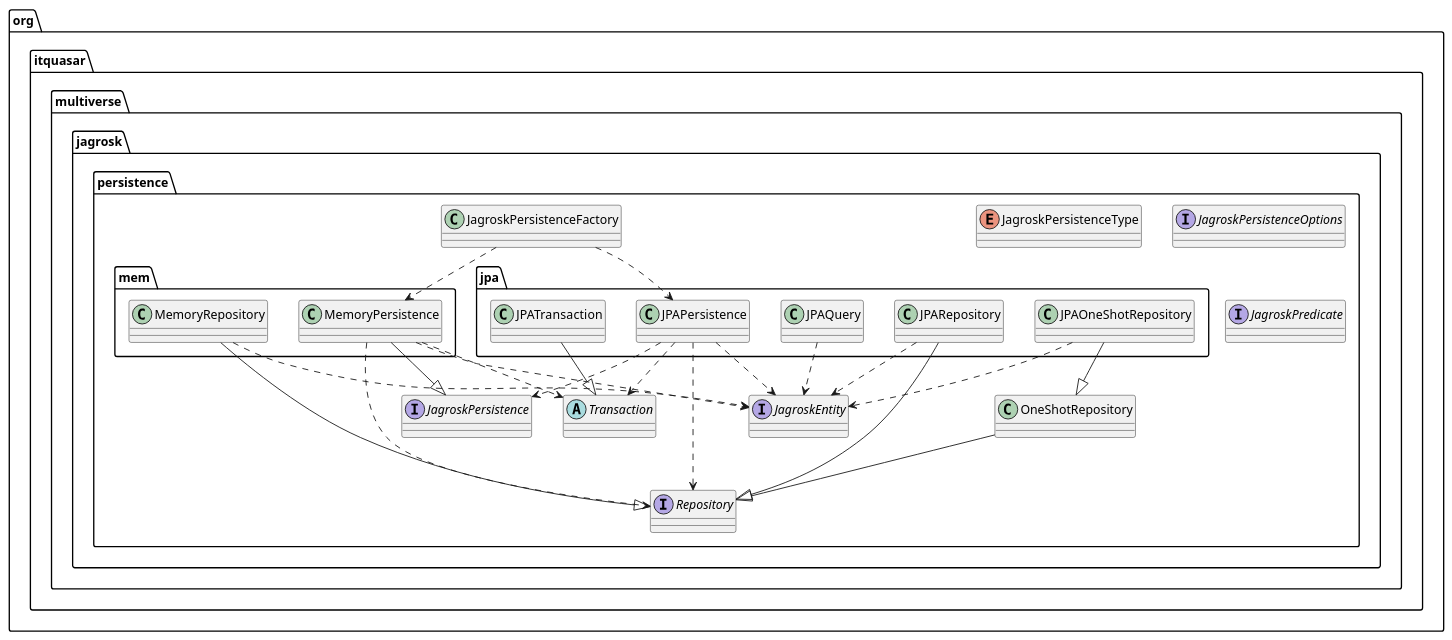
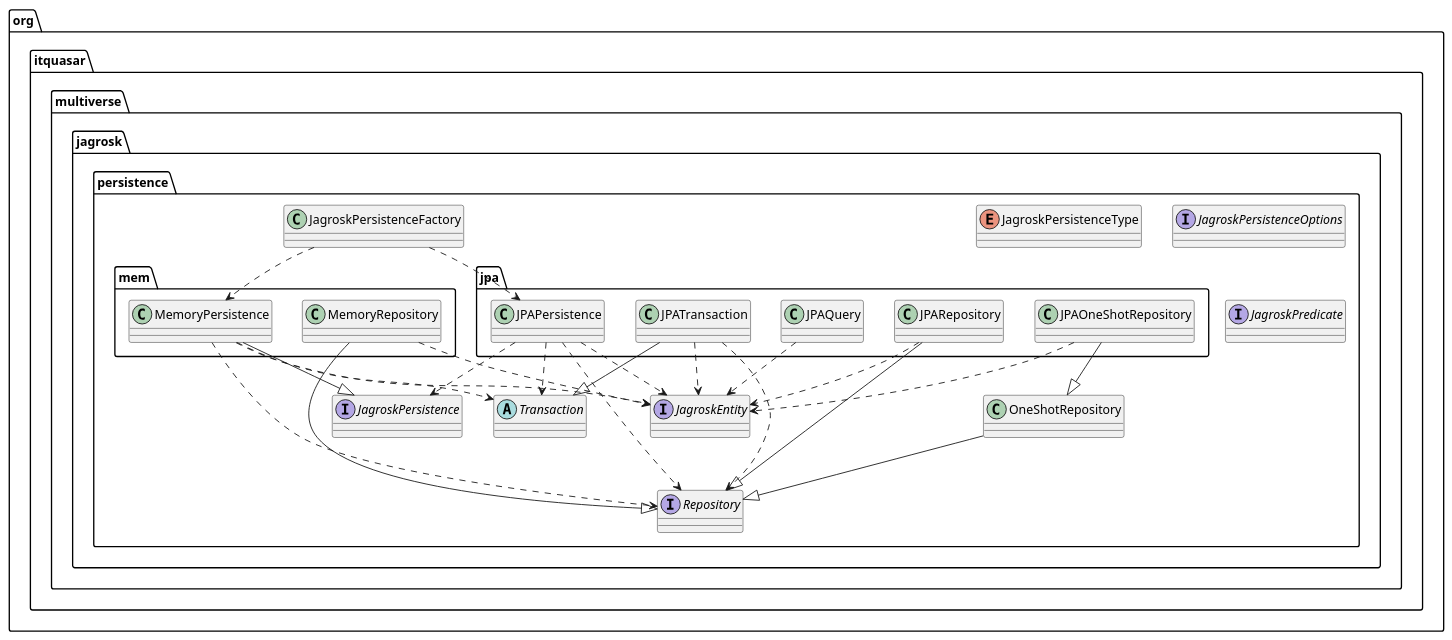
The diagram in src/main/uml/class-diagram.puml (ITQuasar/jagrosk-persistence), drawn with PlantUML before and after one commit. The commit also changed 15 other files, not shown here.

Commit message:
Add unit test to JPA persistence, fix the API

```diff
--- a/src/main/uml/class-diagram.puml
+++ b/src/main/uml/class-diagram.puml
@@ -1,37 +1,39 @@
 @startuml
 abstract class org.itquasar.multiverse.jagrosk.persistence.Transaction
 class org.itquasar.multiverse.jagrosk.persistence.JagroskPersistenceFactory
 class org.itquasar.multiverse.jagrosk.persistence.OneShotRepository
 class org.itquasar.multiverse.jagrosk.persistence.jpa.JPAOneShotRepository
 class org.itquasar.multiverse.jagrosk.persistence.jpa.JPAPersistence
 class org.itquasar.multiverse.jagrosk.persistence.jpa.JPAQuery
 class org.itquasar.multiverse.jagrosk.persistence.jpa.JPARepository
 class org.itquasar.multiverse.jagrosk.persistence.jpa.JPATransaction
 class org.itquasar.multiverse.jagrosk.persistence.mem.MemoryPersistence
 class org.itquasar.multiverse.jagrosk.persistence.mem.MemoryRepository
 enum org.itquasar.multiverse.jagrosk.persistence.JagroskPersistenceType
 interface org.itquasar.multiverse.jagrosk.persistence.JagroskEntity
 interface org.itquasar.multiverse.jagrosk.persistence.JagroskPersistence
 interface org.itquasar.multiverse.jagrosk.persistence.JagroskPersistenceOptions
 interface org.itquasar.multiverse.jagrosk.persistence.JagroskPredicate
 interface org.itquasar.multiverse.jagrosk.persistence.Repository
 org.itquasar.multiverse.jagrosk.persistence.JagroskPersistenceFactory ..> org.itquasar.multiverse.jagrosk.persistence.jpa.JPAPersistence
 org.itquasar.multiverse.jagrosk.persistence.JagroskPersistenceFactory ..> org.itquasar.multiverse.jagrosk.persistence.mem.MemoryPersistence
 org.itquasar.multiverse.jagrosk.persistence.OneShotRepository --|> org.itquasar.multiverse.jagrosk.persistence.Repository
 org.itquasar.multiverse.jagrosk.persistence.jpa.JPAOneShotRepository --|> org.itquasar.multiverse.jagrosk.persistence.OneShotRepository
 org.itquasar.multiverse.jagrosk.persistence.jpa.JPAOneShotRepository ..> org.itquasar.multiverse.jagrosk.persistence.JagroskEntity
 org.itquasar.multiverse.jagrosk.persistence.jpa.JPAPersistence ..> org.itquasar.multiverse.jagrosk.persistence.Transaction
 org.itquasar.multiverse.jagrosk.persistence.jpa.JPAPersistence ..> org.itquasar.multiverse.jagrosk.persistence.JagroskEntity
 org.itquasar.multiverse.jagrosk.persistence.jpa.JPAPersistence ..> org.itquasar.multiverse.jagrosk.persistence.JagroskPersistence
 org.itquasar.multiverse.jagrosk.persistence.jpa.JPAPersistence ..> org.itquasar.multiverse.jagrosk.persistence.Repository
 org.itquasar.multiverse.jagrosk.persistence.jpa.JPAQuery ..> org.itquasar.multiverse.jagrosk.persistence.JagroskEntity
 org.itquasar.multiverse.jagrosk.persistence.jpa.JPARepository ..> org.itquasar.multiverse.jagrosk.persistence.JagroskEntity
 org.itquasar.multiverse.jagrosk.persistence.jpa.JPARepository --|> org.itquasar.multiverse.jagrosk.persistence.Repository
 org.itquasar.multiverse.jagrosk.persistence.jpa.JPATransaction --|> org.itquasar.multiverse.jagrosk.persistence.Transaction
+org.itquasar.multiverse.jagrosk.persistence.jpa.JPATransaction ..> org.itquasar.multiverse.jagrosk.persistence.JagroskEntity
+org.itquasar.multiverse.jagrosk.persistence.jpa.JPATransaction ..> org.itquasar.multiverse.jagrosk.persistence.Repository
 org.itquasar.multiverse.jagrosk.persistence.mem.MemoryPersistence ..> org.itquasar.multiverse.jagrosk.persistence.Transaction
 org.itquasar.multiverse.jagrosk.persistence.mem.MemoryPersistence ..> org.itquasar.multiverse.jagrosk.persistence.JagroskEntity
 org.itquasar.multiverse.jagrosk.persistence.mem.MemoryPersistence --|> org.itquasar.multiverse.jagrosk.persistence.JagroskPersistence
 org.itquasar.multiverse.jagrosk.persistence.mem.MemoryPersistence ..> org.itquasar.multiverse.jagrosk.persistence.Repository
 org.itquasar.multiverse.jagrosk.persistence.mem.MemoryRepository ..> org.itquasar.multiverse.jagrosk.persistence.JagroskEntity
 org.itquasar.multiverse.jagrosk.persistence.mem.MemoryRepository --|> org.itquasar.multiverse.jagrosk.persistence.Repository
 @enduml
```
